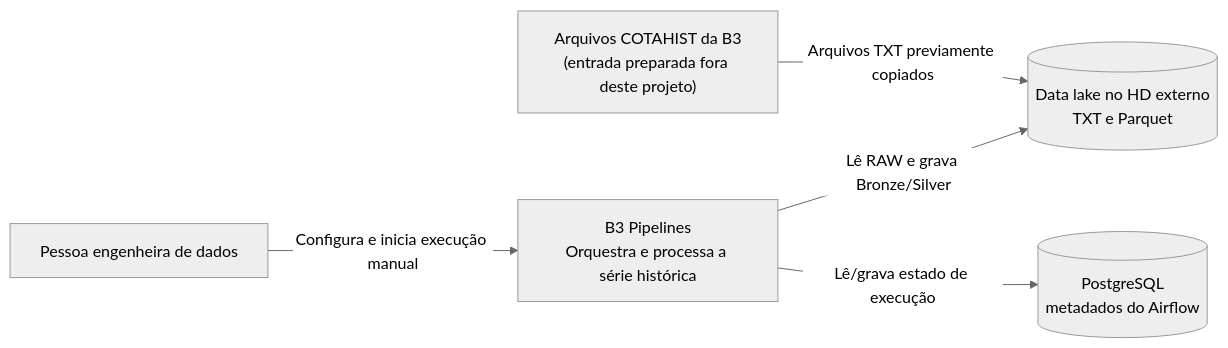
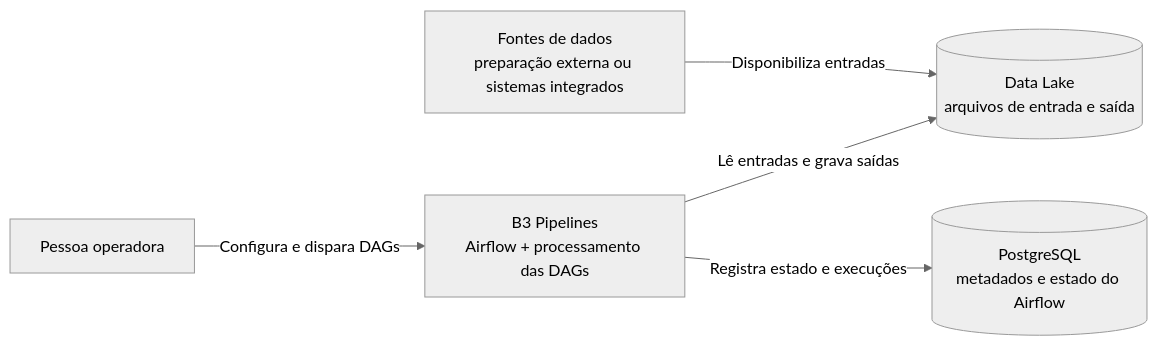
Before and after one commit to BiellBatista/Python.DataEngineering: the first of 2 diagrams in B3-Pipelines/README.md, drawn with Mermaid (neutral theme). The commit also changed other lines of this file and 10 other files, not shown here.

First line of the commit message:
Add documentation for the `historical-series` DAG including activity, class, component, package, sequence diagrams, and rules

````diff
--- a/B3-Pipelines/README.md
+++ b/B3-Pipelines/README.md
@@ -86,13 +64,13 @@
 ```mermaid
 flowchart LR
-    Eng["Pessoa engenheira de dados"]
-    B3["Arquivos COTAHIST da B3<br/>(entrada preparada fora deste projeto)"]
-    System["B3 Pipelines<br/>Orquestra e processa a série histórica"]
-    Lake[("Data lake no HD externo<br/>TXT e Parquet")]
-    Meta[("PostgreSQL<br/>metadados do Airflow")]
+    Operator["Pessoa operadora"]
+    Sources["Fontes de dados<br/>preparação externa ou sistemas integrados"]
+    Platform["B3 Pipelines<br/>Airflow + processamento das DAGs"]
+    Lake[("Data Lake<br/>arquivos de entrada e saída")]
+    Metadata[("PostgreSQL<br/>metadados e estado do Airflow")]
 
-    Eng -->|"Configura e inicia execução manual"| System
-    B3 -->|"Arquivos TXT previamente copiados"| Lake
-    System -->|"Lê RAW e grava Bronze/Silver"| Lake
-    System -->|"Lê/grava estado de execução"| Meta
+    Operator -->|"Configura e dispara DAGs"| Platform
+    Sources -->|"Disponibiliza entradas"| Lake
+    Platform -->|"Lê entradas e grava saídas"| Lake
+    Platform -->|"Registra estado e execuções"| Metadata
 ```
````
